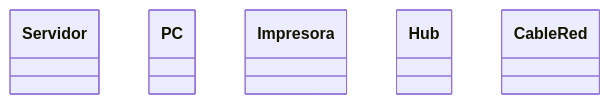
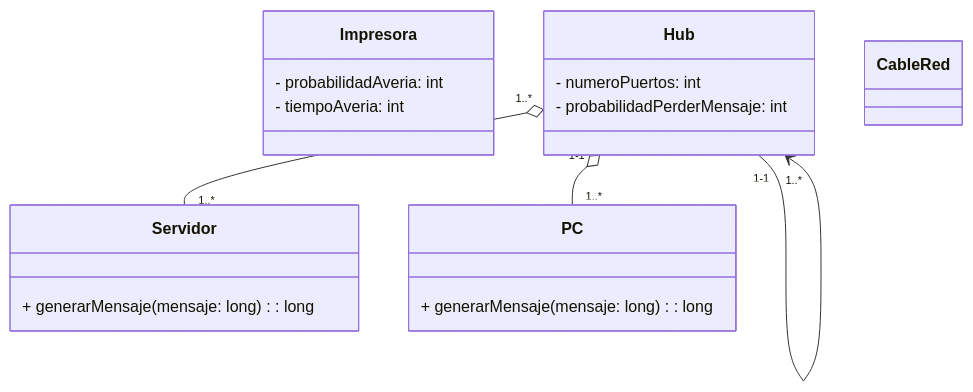
Before and after one commit to SirAivan/CD_Tema2_Ejercicios: the diagram in ordenadores.mmd, drawn with Mermaid. The commit also changed other lines of this file and 3 other files, not shown here.

```diff
--- a/ordenadores.mmd
+++ b/ordenadores.mmd
@@ -1,21 +1,27 @@
 classDiagram
 
     class Servidor{
-
+        + generarMensaje (mensaje: long): long 
     }
 
     class PC{
-
+        + generarMensaje (mensaje: long): long
     }
 
     class Impresora{
-
+        - probabilidadAveria: int
+        - tiempoAveria: int
     }
 
     class Hub{
-
+        - numeroPuertos: int
+        - probabilidadPerderMensaje: int
     }
 
     class CableRed{
         
     }
+
+Hub "1-1"o--"1..*" PC
+Hub "1..*"o--"1..*" Servidor
+Hub "1-1"-->"1..*" Hub
```
